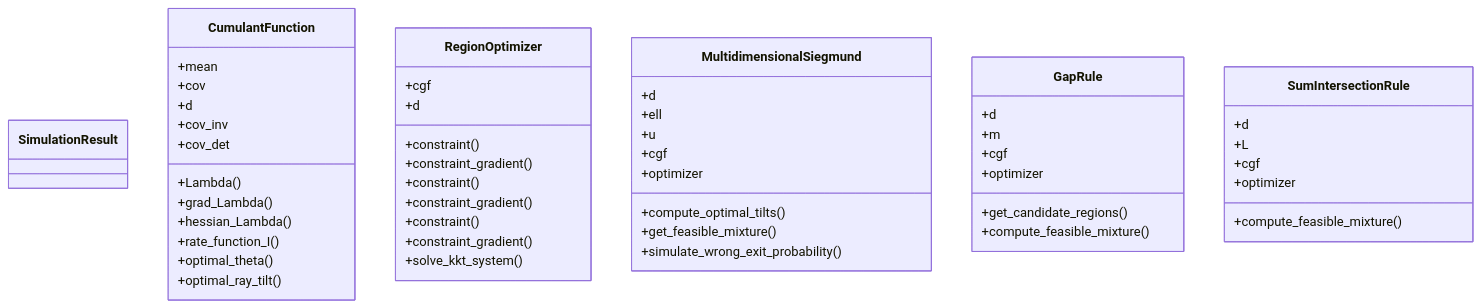
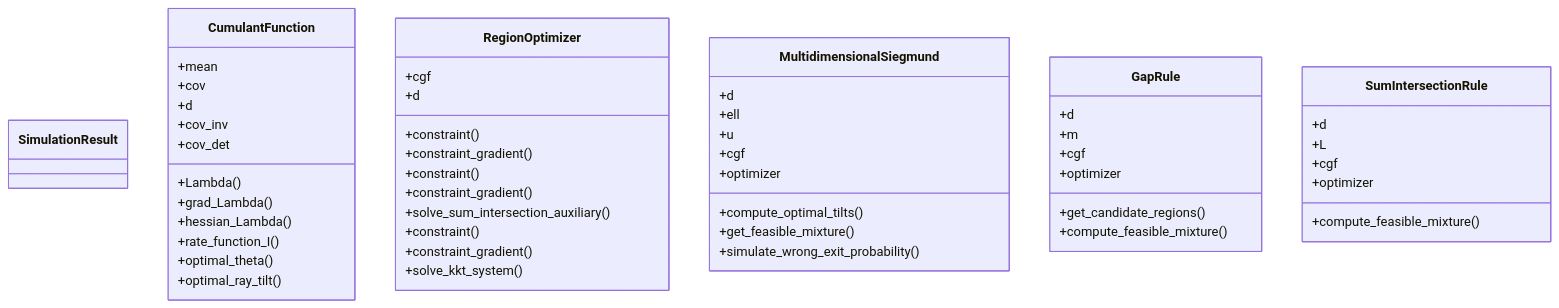
The diagram in docs/architecture/class-diagram.mmd (DiogoRibeiro7/efficient-importance-sampling), drawn with Mermaid before and after one commit. The commit also changed 3 other files, not shown here.

Commit message:
docs: Update architecture diagrams [skip ci]

```diff
--- a/docs/architecture/class-diagram.mmd
+++ b/docs/architecture/class-diagram.mmd
@@ -1,57 +1,58 @@
 classDiagram
   class SimulationResult {
   }
 
   class CumulantFunction {
     +mean
     +cov
     +d
     +cov_inv
     +cov_det
     +Lambda()
     +grad_Lambda()
     +hessian_Lambda()
     +rate_function_I()
     +optimal_theta()
     +optimal_ray_tilt()
   }
 
   class RegionOptimizer {
     +cgf
     +d
     +constraint()
     +constraint_gradient()
     +constraint()
     +constraint_gradient()
+    +solve_sum_intersection_auxiliary()
     +constraint()
     +constraint_gradient()
     +solve_kkt_system()
   }
 
   class MultidimensionalSiegmund {
     +d
     +ell
     +u
     +cgf
     +optimizer
     +compute_optimal_tilts()
     +get_feasible_mixture()
     +simulate_wrong_exit_probability()
   }
 
   class GapRule {
     +d
     +m
     +cgf
     +optimizer
     +get_candidate_regions()
     +compute_feasible_mixture()
   }
 
   class SumIntersectionRule {
     +d
     +L
     +cgf
     +optimizer
     +compute_feasible_mixture()
   }
```
